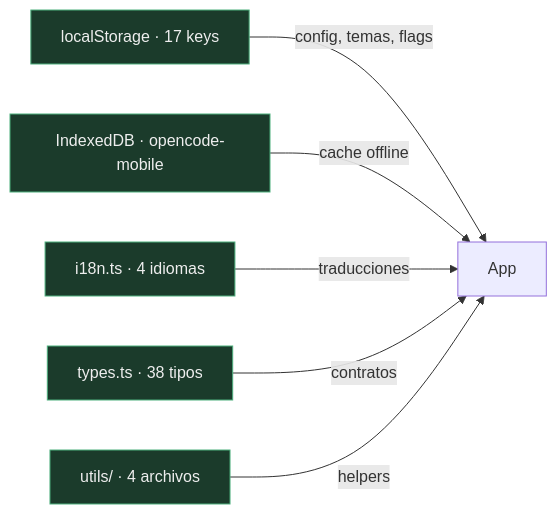
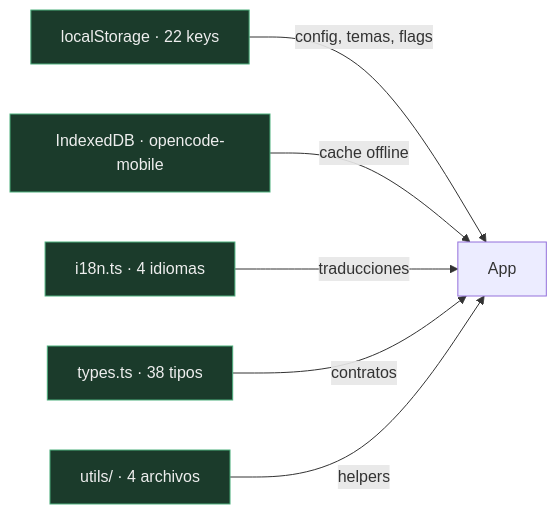
The fourth of 4 diagrams in CATALOGO.md (Owning01/Openher), drawn with Mermaid before and after one commit. The commit also changed other lines of this file and 2 other files, not shown here.

````diff
--- a/CATALOGO.md
+++ b/CATALOGO.md
@@ -453,15 +479,15 @@
 ```mermaid
 flowchart LR
     classDef data fill:#1b3b2b,stroke:#4caf7d,color:#eee
-    LS["localStorage · 17 keys"]
+    LS["localStorage · 22 keys"]
     IDB["IndexedDB · opencode-mobile"]
     I18N["i18n.ts · 4 idiomas"]
     Types["types.ts · 38 tipos"]
     Utils["utils/ · 4 archivos"]
     LS -->|config, temas, flags| App
     IDB -->|cache offline| App
     I18N -->|traducciones| App
     Types -->|contratos| App
     Utils -->|helpers| App
     class LS,IDB,I18N,Types,Utils data
 ```
````
